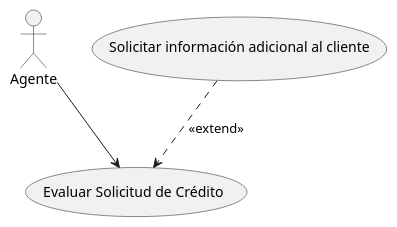
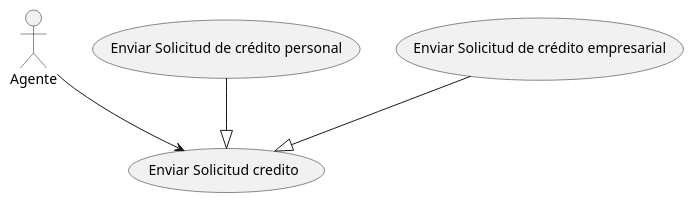
Before and after one commit to erentitan4512/Carlos-Arroyo-Galan-Casos-de-Uso-UML2: the diagram in src/Test.puml, drawn with PlantUML.

Commit message:
Fifth Commit

```diff
--- a/src/Test.puml
+++ b/src/Test.puml
@@ -1,4 +1,5 @@
 @startuml
-:Agente: --> (Evaluar Solicitud de Crédito)
-(Solicitar información adicional al cliente) ..> (Evaluar Solicitud de Crédito) : <<extend>>
+:Agente: --> (Enviar Solicitud credito)
+(Enviar Solicitud de crédito personal) --|> (Enviar Solicitud credito)
+(Enviar Solicitud de crédito empresarial) --|> (Enviar Solicitud credito)
 @enduml
```
